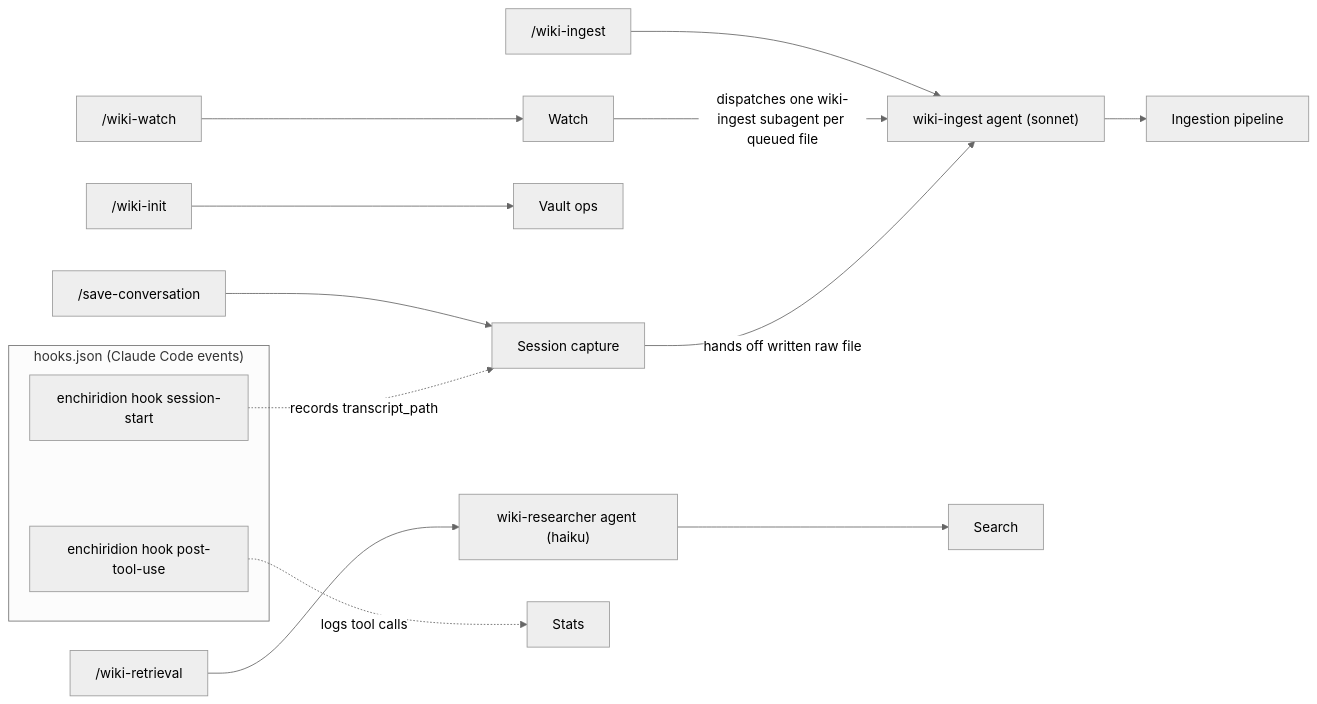
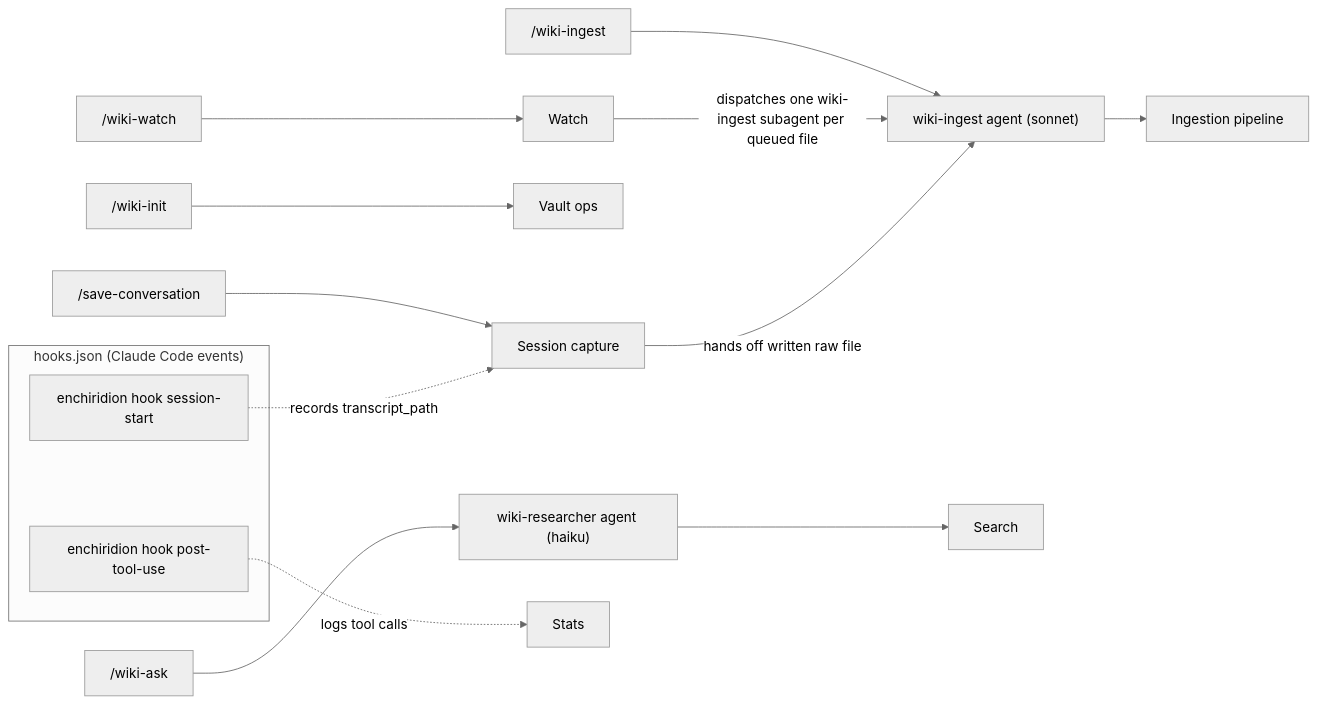
One commit to dhague/enchiridion changed the second of 9 diagrams in docs/architecture.md. Above: the diagram before and after it, drawn with Mermaid (neutral theme). The commit also changed 21 other files, not shown here.

First line of the commit message:
feat: rename wiki-retrieval skill and command to wiki-ask (#387)

````diff
--- a/docs/architecture.md
+++ b/docs/architecture.md
@@ -108,23 +108,23 @@
 ```mermaid
 flowchart LR
     skIngest["/wiki-ingest"] --> agIngest["wiki-ingest agent (sonnet)"]
     agIngest --> cIngestion["Ingestion pipeline"]
 
-    skRetrieval["/wiki-retrieval"] --> agResearcher["wiki-researcher agent (haiku)"]
+    skRetrieval["/wiki-ask"] --> agResearcher["wiki-researcher agent (haiku)"]
     agResearcher --> cSearch["Search"]
 
     skInit["/wiki-init"] --> cVaultOps["Vault ops"]
 
     skWatch["/wiki-watch"] --> cWatch["Watch"]
     cWatch -->|dispatches one wiki-ingest subagent per queued file| agIngest
 
     skSave["/save-conversation"] --> cSessionCap["Session capture"]
     cSessionCap -->|hands off written raw file| agIngest
 
     subgraph hooksRow["hooks.json (Claude Code events)"]
         hStart["enchiridion hook session-start"]
         hPost["enchiridion hook post-tool-use"]
     end
     hStart -.->|records transcript_path| cSessionCap
     hPost -.->|logs tool calls| cStats["Stats"]
 ```
````
